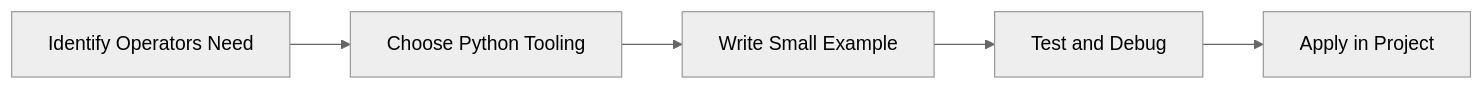
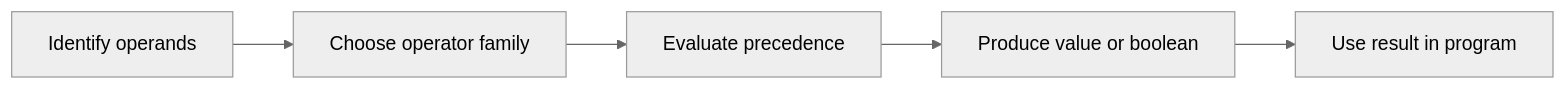
Before and after one commit to SYMOIZ/E-Learning-Portal: the diagram in Python-Mastery/Beginner/09-operators.md, drawn with Mermaid (neutral theme). The commit also changed other lines of this file and 116 other files, not shown here.

````diff
--- a/Python-Mastery/Beginner/09-operators.md
+++ b/Python-Mastery/Beginner/09-operators.md
@@ -130,7 +131,12 @@
 ```mermaid
 flowchart LR
-    A[Identify Operators Need] --> B[Choose Python Tooling]
-    B --> C[Write Small Example]
-    C --> D[Test and Debug]
-    D --> E[Apply in Project]
+    A[Identify operands]
+    B[Choose operator family]
+    C[Evaluate precedence]
+    D[Produce value or boolean]
+    E[Use result in program]
+    A --> B
+    B --> C
+    C --> D
+    D --> E
 ```
````
